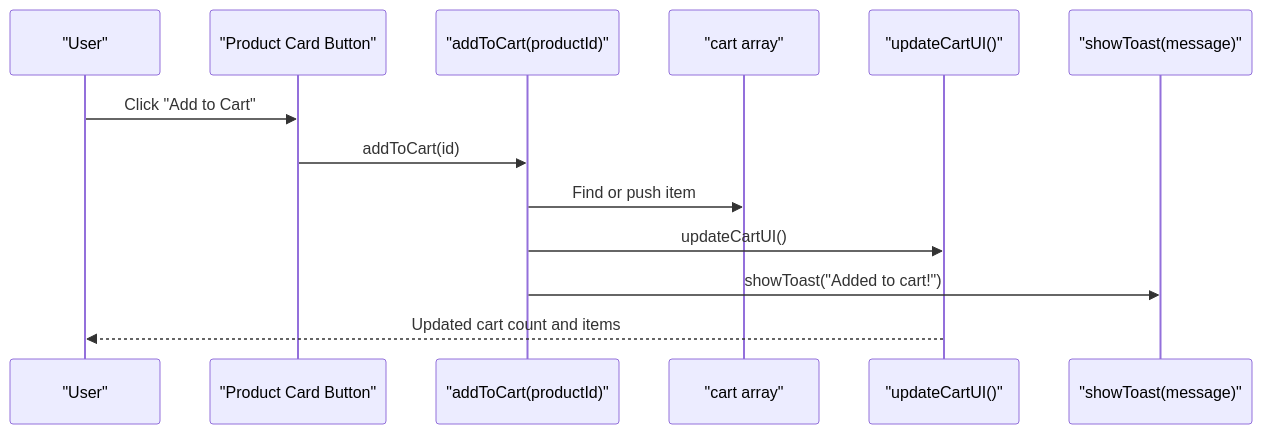
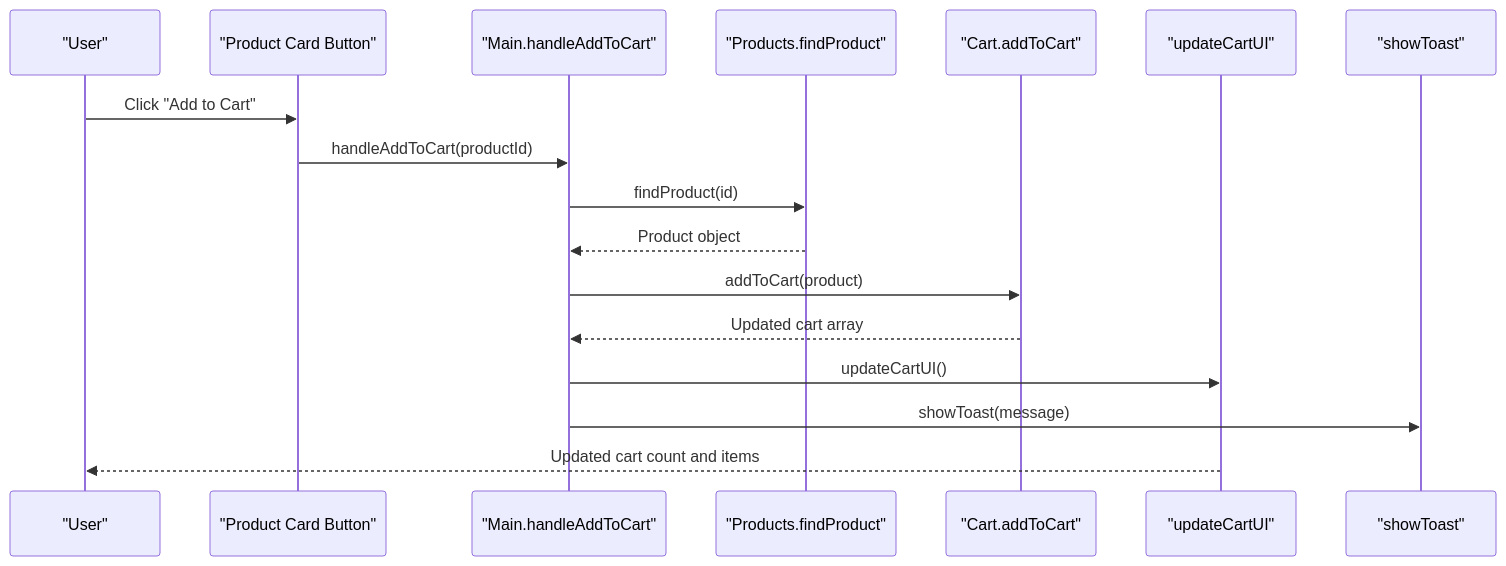
The fourth of 6 diagrams in .qoder/repowiki/en/content/Product Management System/Dynamic Product Rendering.md (queenflowerhk/queenflowerhk.github.io), drawn with Mermaid before and after one commit. The commit also changed other lines of this file and 20 other files, not shown here.

````diff
--- a/.qoder/repowiki/en/content/Product Management System/Dynamic Product Rendering.md
+++ b/.qoder/repowiki/en/content/Product Management System/Dynamic Product Rendering.md
@@ -188,15 +218,19 @@
 ```mermaid
 sequenceDiagram
 participant User as "User"
 participant Card as "Product Card Button"
-participant App as "addToCart(productId)"
-participant State as "cart array"
-participant UI as "updateCartUI()"
-participant Toast as "showToast(message)"
+participant Main as "Main.handleAddToCart"
+participant Products as "Products.findProduct"
+participant Cart as "Cart.addToCart"
+participant UI as "updateCartUI"
+participant Toast as "showToast"
 User->>Card : Click "Add to Cart"
-Card->>App : addToCart(id)
-App->>State : Find or push item
-App->>UI : updateCartUI()
-App->>Toast : showToast("Added to cart!")
+Card->>Main : handleAddToCart(productId)
+Main->>Products : findProduct(id)
+Products-->>Main : Product object
+Main->>Cart : addToCart(product)
+Cart-->>Main : Updated cart array
+Main->>UI : updateCartUI()
+Main->>Toast : showToast(message)
 UI-->>User : Updated cart count and items
 ```
````
